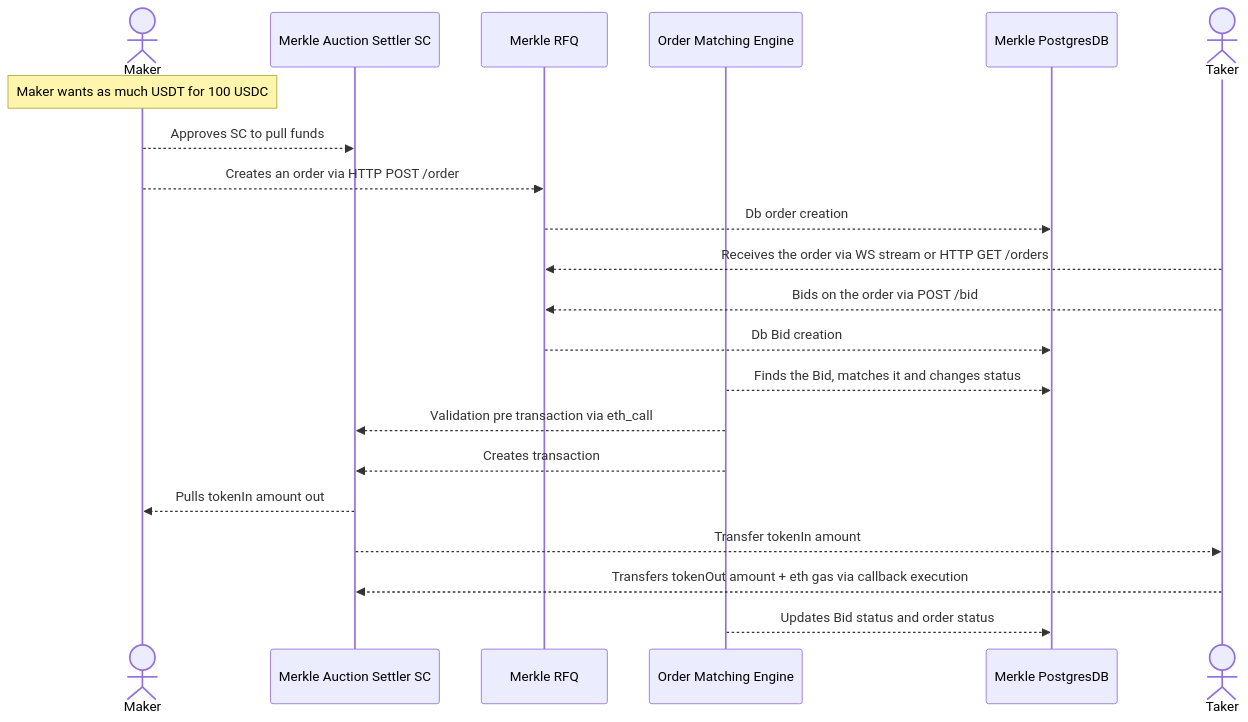
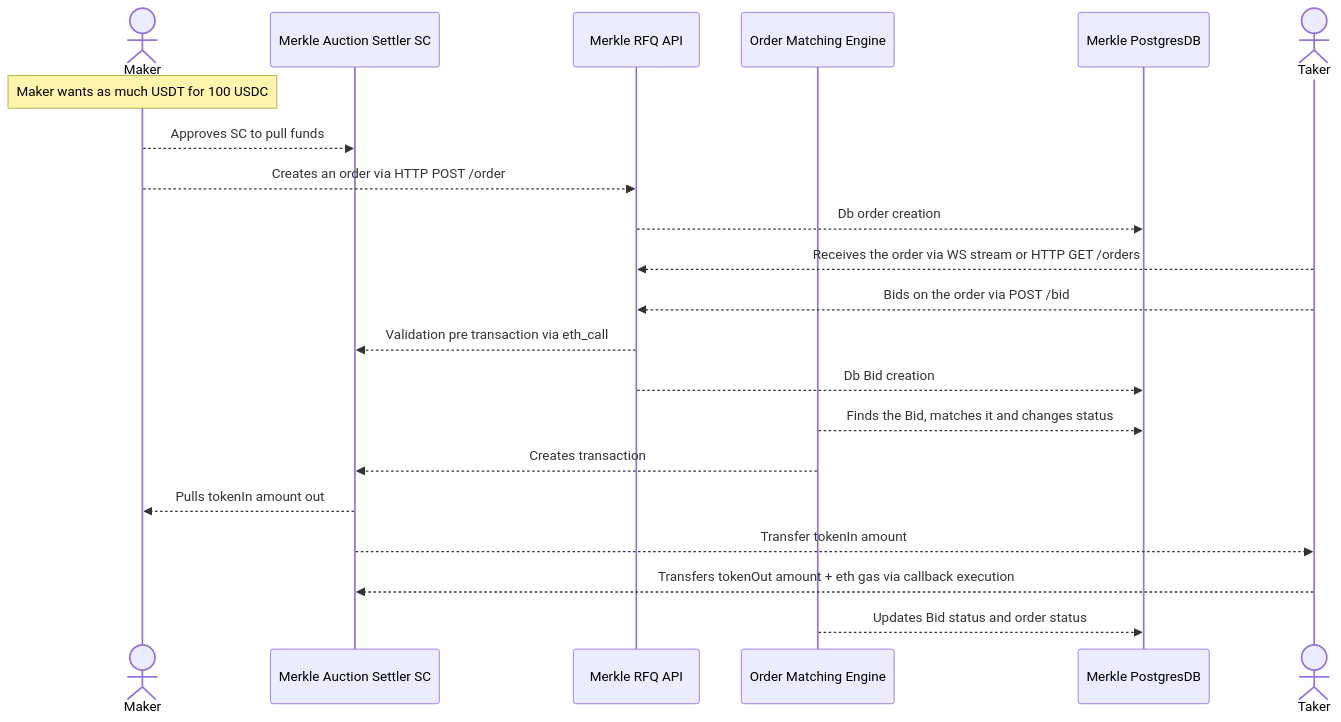
The diagram in merkle_auctions.md (merkle3/rfq-contracts), drawn with Mermaid before and after one commit.

Commit message:
fix: diagram RFQ API validation

````diff
--- a/merkle_auctions.md
+++ b/merkle_auctions.md
@@ -1,26 +1,26 @@
 ```mermaid
 sequenceDiagram
     actor Maker
     participant Merkle Auction Settler SC
-    participant Merkle RFQ
+    participant Merkle RFQ API
     participant Order Matching Engine
     participant Merkle PostgresDB
     actor Taker
 
     Note over Maker: Maker wants as much USDT for 100 USDC
 
     Maker -->> Merkle Auction Settler SC: Approves SC to pull funds
-    Maker -->> Merkle RFQ: Creates an order via HTTP POST /order
-    Merkle RFQ -->> Merkle PostgresDB: Db order creation
-    Taker -->>  Merkle RFQ: Receives the order via WS stream or HTTP GET /orders
-    Taker -->> Merkle RFQ: Bids on the order via POST /bid
-    Merkle RFQ -->> Merkle PostgresDB: Db Bid creation
+    Maker -->> Merkle RFQ API: Creates an order via HTTP POST /order
+    Merkle RFQ API -->> Merkle PostgresDB: Db order creation
+    Taker -->>  Merkle RFQ API: Receives the order via WS stream or HTTP GET /orders
+    Taker -->> Merkle RFQ API: Bids on the order via POST /bid
+    Merkle RFQ API -->> Merkle Auction Settler SC: Validation pre transaction via eth_call
+    Merkle RFQ API -->> Merkle PostgresDB: Db Bid creation
     Order Matching Engine -->> Merkle PostgresDB: Finds the Bid, matches it and changes status
-    Order Matching Engine -->> Merkle Auction Settler SC: Validation pre transaction via eth_call
     Order Matching Engine -->> Merkle Auction Settler SC: Creates transaction
     Merkle Auction Settler SC -->> Maker: Pulls tokenIn amount out
     Merkle Auction Settler SC -->> Taker: Transfer tokenIn amount
     Taker -->> Merkle Auction Settler SC: Transfers tokenOut amount + eth gas via callback execution
     Order Matching Engine -->> Merkle PostgresDB: Updates Bid status and order status
 
 ```
````
